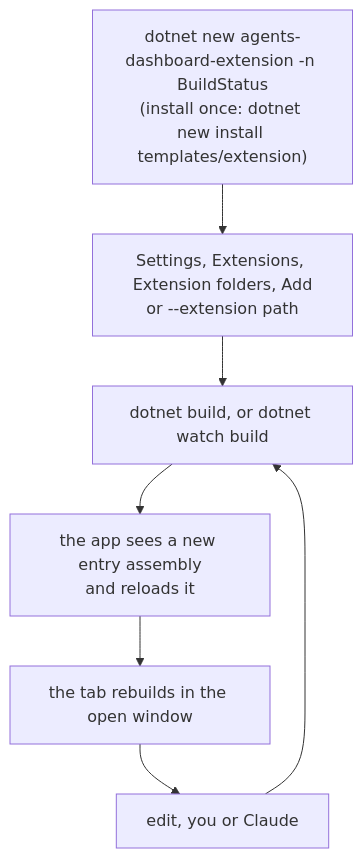
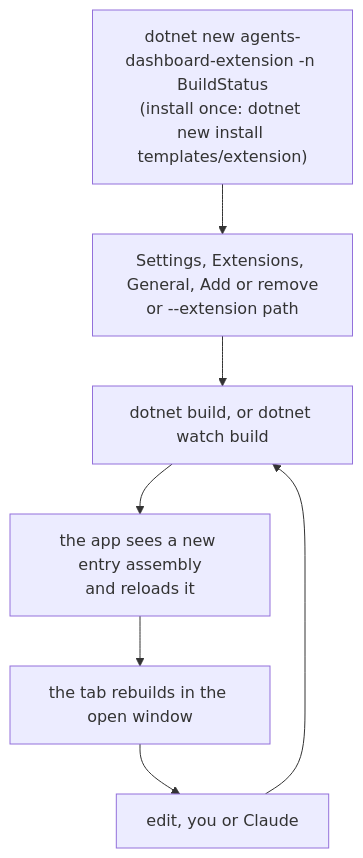
Before and after one commit to BradenTerry/Tog: the first of 10 diagrams in docs/extensions.md, drawn with Mermaid. The commit also changed other lines of this file and 6 other files, not shown here.

First line of the commit message:
Give each extension its own page in Settings

````diff
--- a/docs/extensions.md
+++ b/docs/extensions.md
@@ -16,9 +16,9 @@
 ```mermaid
 flowchart TD
-    A["dotnet new agents-dashboard-extension -n BuildStatus<br/>(install once: dotnet new install templates/extension)"] --> B["Settings, Extensions, Extension folders, Add<br/>or --extension path"]
+    A["dotnet new agents-dashboard-extension -n BuildStatus<br/>(install once: dotnet new install templates/extension)"] --> B["Settings, Extensions, General, Add or remove<br/>or --extension path"]
     B --> C["dotnet build, or dotnet watch build"]
     C --> D["the app sees a new entry assembly<br/>and reloads it"]
     D --> E["the tab rebuilds in the open window"]
     E --> F["edit, you or Claude"]
     F --> C
 ```
````
